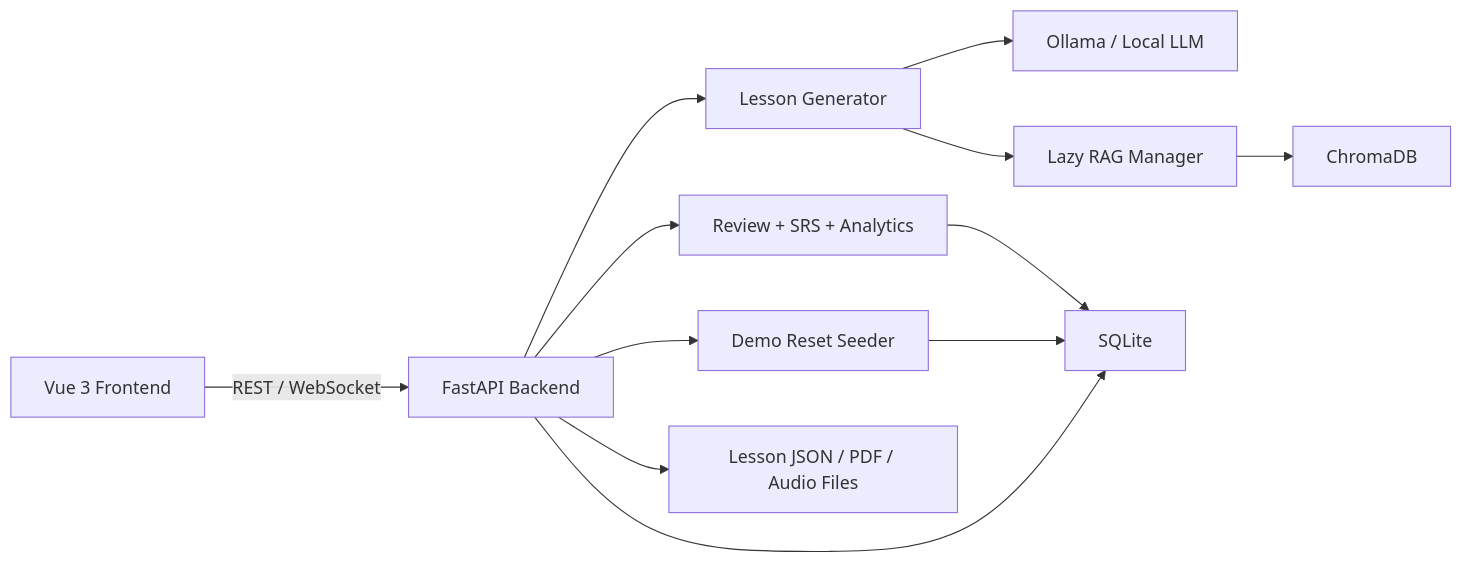
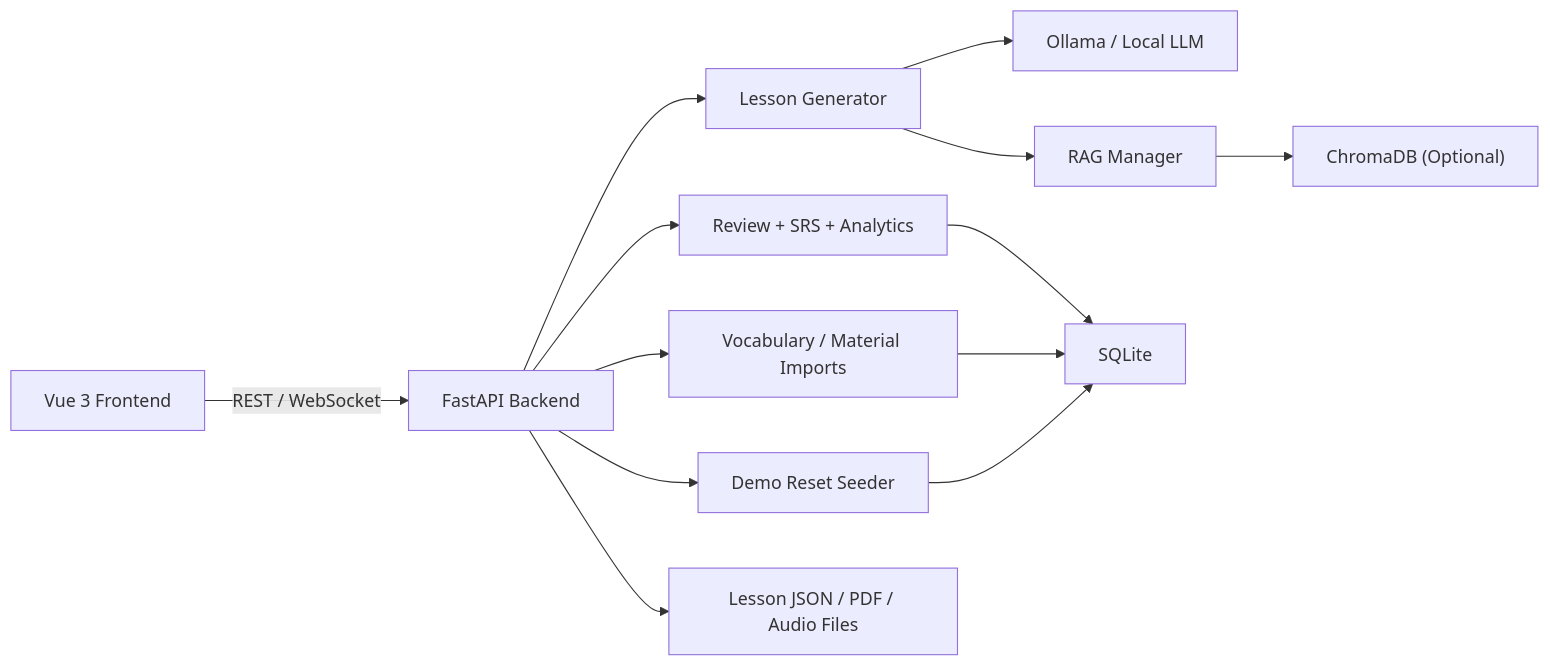
The diagram in README.md (a1354013-alt/English-Japanese-Learning-Coach-Project-Requirements), drawn with Mermaid before and after one commit. The commit also changed other lines of this file and 18 other files, not shown here.

````diff
--- a/README.md
+++ b/README.md
@@ -19,14 +17,15 @@
 ```mermaid
 flowchart LR
     UI["Vue 3 Frontend"] -->|REST / WebSocket| API["FastAPI Backend"]
     API --> LESSON["Lesson Generator"]
     API --> REVIEW["Review + SRS + Analytics"]
+    API --> IMPORTS["Vocabulary / Material Imports"]
     API --> DEMO["Demo Reset Seeder"]
     LESSON --> OLLAMA["Ollama / Local LLM"]
-    LESSON --> RAG["Lazy RAG Manager"]
-    RAG --> CHROMA["ChromaDB"]
+    LESSON --> RAG["RAG Manager"]
+    RAG --> CHROMA["ChromaDB (Optional)"]
     REVIEW --> DB["SQLite"]
+    IMPORTS --> DB
     DEMO --> DB
-    API --> DB
     API --> FILES["Lesson JSON / PDF / Audio Files"]
 ```
````
